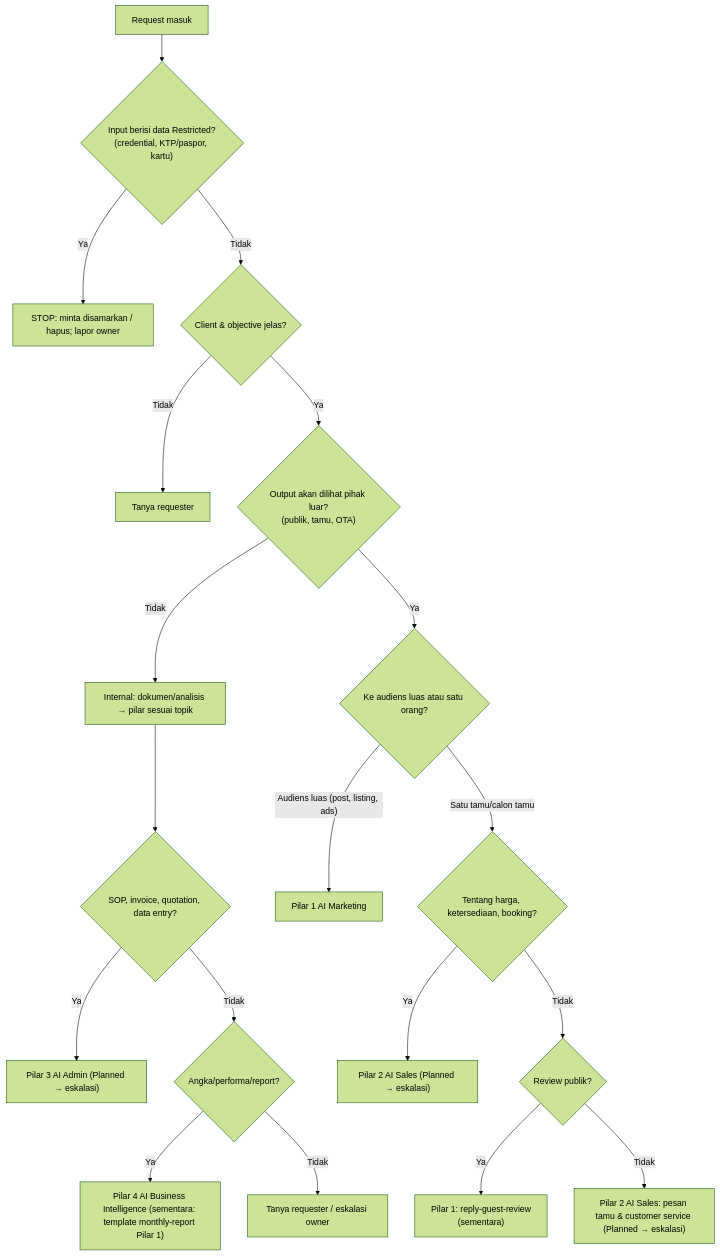
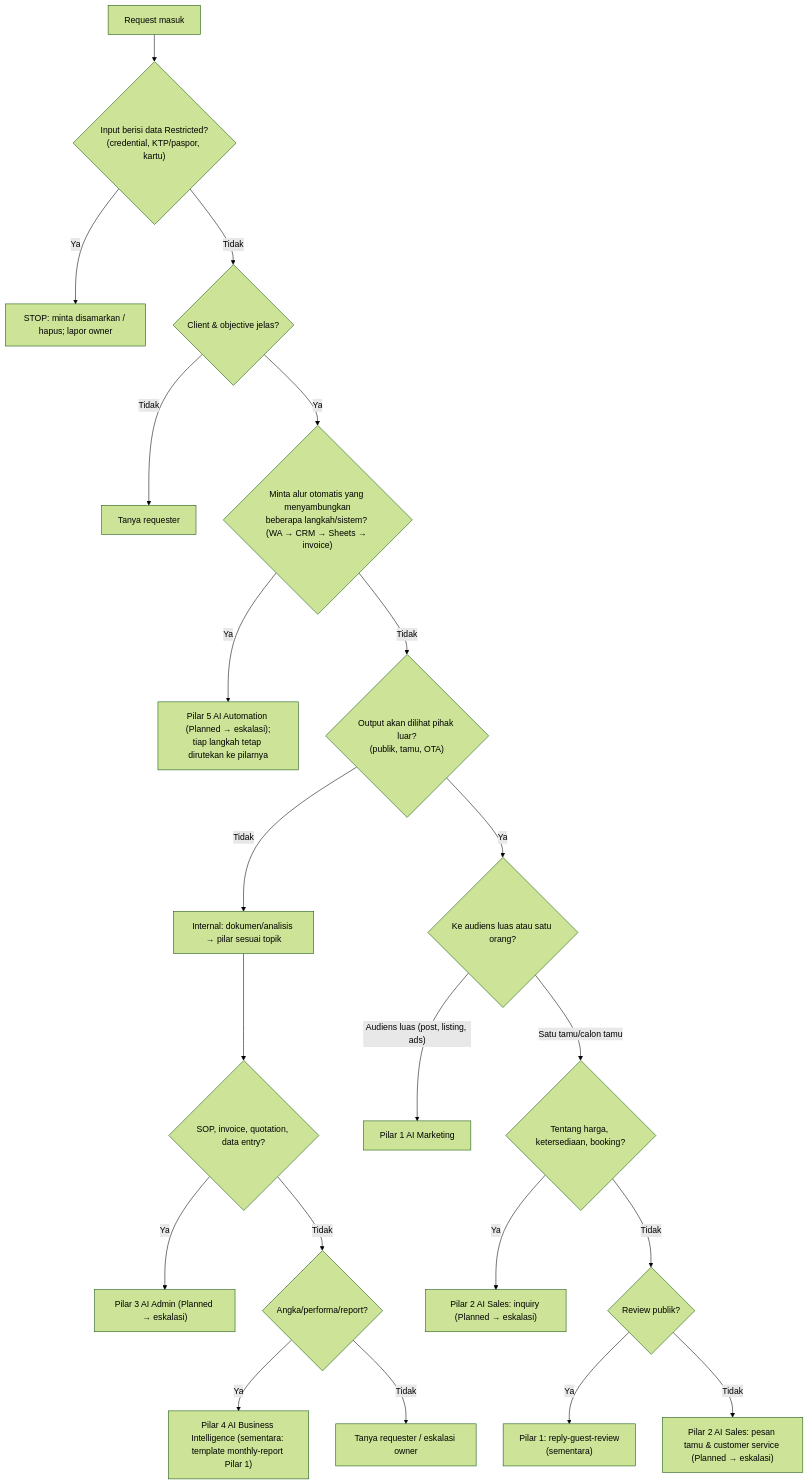
One commit to d34faiza-commits/clau-core changed the diagram in orchestrator/decision-tree.md. Above: the diagram before and after it, drawn with Mermaid (forest theme). The commit also changed 13 other files, not shown here.

````diff
--- a/orchestrator/decision-tree.md
+++ b/orchestrator/decision-tree.md
@@ -5,21 +5,23 @@
 ```mermaid
 flowchart TD
     A["Request masuk"] --> B{"Input berisi data Restricted?<br/>(credential, KTP/paspor, kartu)"}
     B -- Ya --> X1["STOP: minta disamarkan / hapus; lapor owner"]
     B -- Tidak --> C{"Client & objective jelas?"}
     C -- Tidak --> X2["Tanya requester"]
-    C -- Ya --> D{"Output akan dilihat pihak luar?<br/>(publik, tamu, OTA)"}
+    C -- Ya --> AU{"Minta alur otomatis yang menyambungkan<br/>beberapa langkah/sistem? (WA → CRM → Sheets → invoice)"}
+    AU -- Ya --> P5["Pilar 5 AI Automation (Planned → eskalasi);<br/>tiap langkah tetap dirutekan ke pilarnya"]
+    AU -- Tidak --> D{"Output akan dilihat pihak luar?<br/>(publik, tamu, OTA)"}
     D -- Tidak --> E["Internal: dokumen/analisis → pilar sesuai topik"]
     D -- Ya --> F{"Ke audiens luas atau satu orang?"}
     F -- "Audiens luas (post, listing, ads)" --> P1["Pilar 1 AI Marketing"]
     F -- "Satu tamu/calon tamu" --> G{"Tentang harga, ketersediaan, booking?"}
-    G -- Ya --> P2["Pilar 2 AI Sales (Planned → eskalasi)"]
+    G -- Ya --> P2["Pilar 2 AI Sales: inquiry (Planned → eskalasi)"]
     G -- Tidak --> H{"Review publik?"}
     H -- Ya --> P1R["Pilar 1: reply-guest-review<br/>(sementara)"]
-    H -- Tidak --> P3["Pilar 2 AI Sales: pesan tamu & customer service (Planned → eskalasi)"]
+    H -- Tidak --> P2G["Pilar 2 AI Sales: pesan tamu & customer service (Planned → eskalasi)"]
     E --> I{"SOP, invoice, quotation, data entry?"}
-    I -- Ya --> P4["Pilar 3 AI Admin (Planned → eskalasi)"]
+    I -- Ya --> P3["Pilar 3 AI Admin (Planned → eskalasi)"]
     I -- Tidak --> J{"Angka/performa/report?"}
-    J -- Ya --> P5["Pilar 4 AI Business Intelligence (sementara: template monthly-report Pilar 1)"]
+    J -- Ya --> P4["Pilar 4 AI Business Intelligence (sementara: template monthly-report Pilar 1)"]
     J -- Tidak --> X3["Tanya requester / eskalasi owner"]
 ```
````
